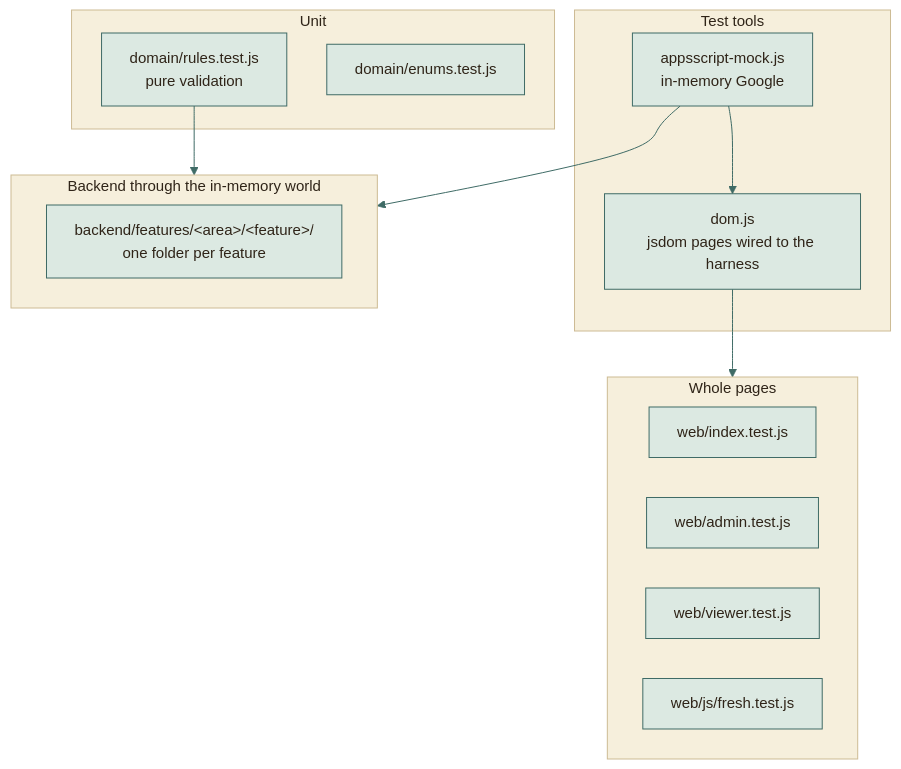
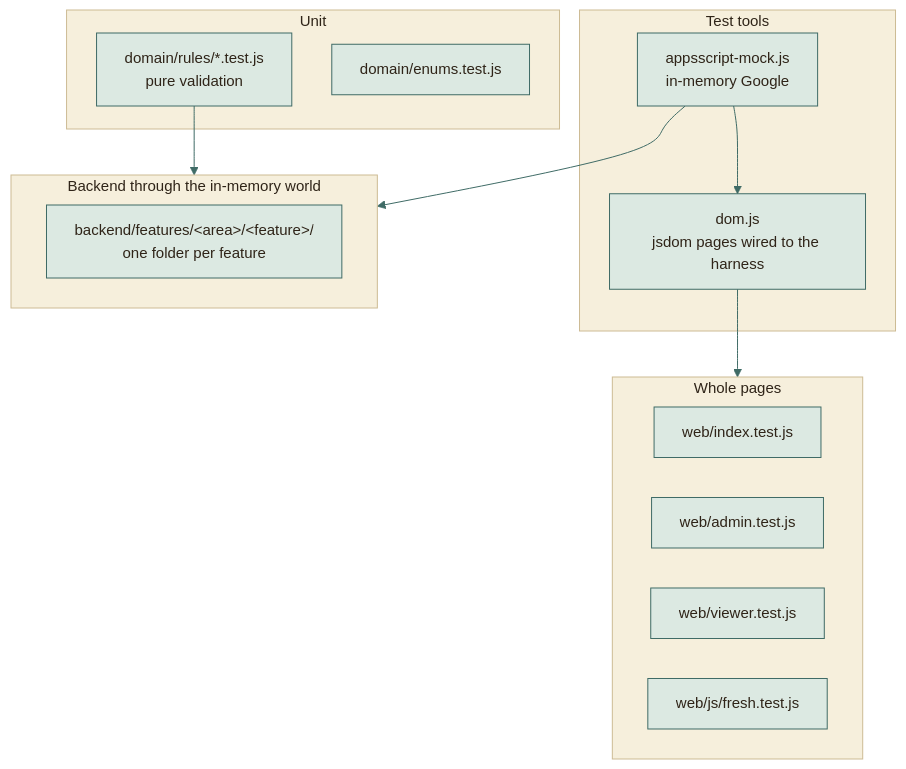
One commit to moyeh04/forms-platform changed the first of 2 diagrams in docs/process/TESTING.md. Above: the diagram before and after it, drawn with Mermaid. The commit also changed other lines of this file and 12 other files, not shown here.

First line of the commit message:
test(domain): Split the rules tests by part

````diff
--- a/docs/process/TESTING.md
+++ b/docs/process/TESTING.md
@@ -13,53 +13,53 @@
 ```mermaid
 %%{init: {
   'theme': 'base',
   'themeVariables': {
     'fontFamily': 'ui-sans-serif, system-ui, -apple-system, Segoe UI, Roboto, sans-serif',
     'fontSize': '15px',
     'primaryColor': '#DCE9E2', 'primaryBorderColor': '#3F6B66', 'primaryTextColor': '#2F2418',
     'secondaryColor': '#F0E4C8', 'secondaryBorderColor': '#C9A24A', 'secondaryTextColor': '#2F2418',
     'tertiaryColor': '#F6EFDC', 'tertiaryBorderColor': '#CDBB94', 'tertiaryTextColor': '#2F2418',
     'lineColor': '#3F6B66', 'textColor': '#2F2418', 'mainBkg': '#DCE9E2', 'nodeBorder': '#3F6B66',
     'clusterBkg': '#F6EFDC', 'clusterBorder': '#CDBB94', 'titleColor': '#2F2418',
     'edgeLabelBackground': '#F8F1DD',
     'actorBkg': '#DCE9E2', 'actorBorder': '#3F6B66', 'actorTextColor': '#2F2418', 'actorLineColor': '#8FB3AB',
     'signalColor': '#477A73', 'signalTextColor': '#477A73',
     'labelBoxBkgColor': '#F0E4C8', 'labelBoxBorderColor': '#C9A24A', 'labelTextColor': '#2F2418', 'loopTextColor': '#6A5A44',
     'noteBkgColor': '#FBEFC9', 'noteBorderColor': '#C9A24A', 'noteTextColor': '#2F2418',
     'activationBkgColor': '#DCE9E2', 'activationBorderColor': '#3F6B66', 'sequenceNumberColor': '#F8F1DD',
     'transitionColor': '#3F6B66', 'stateLabelColor': '#2F2418', 'stateBkg': '#DCE9E2', 'altBackground': '#F6EFDC',
     'attributeBackgroundColorOdd': '#F8F1DD', 'attributeBackgroundColorEven': '#F0E4C8'
   },
   'flowchart': {'curve': 'basis', 'padding': 14, 'nodeSpacing': 40, 'rankSpacing': 46},
   'sequence': {'mirrorActors': false, 'messageMargin': 34, 'boxMargin': 8}
 }}%%
 flowchart TD
     subgraph tools["Test tools"]
         harness["appsscript-mock.js<br/>in-memory Google"]
         dom["dom.js<br/>jsdom pages wired to the harness"]
     end
     subgraph units["Unit"]
-        rules["domain/rules.test.js<br/>pure validation"]
+        rules["domain/rules/*.test.js<br/>pure validation"]
         enums["domain/enums.test.js"]
     end
     subgraph backend["Backend through the in-memory world"]
         core["backend/features/&lt;area&gt;/&lt;feature&gt;/<br/>one folder per feature"]
     end
     subgraph pages["Whole pages"]
         fui["web/index.test.js"]
         aui["web/admin.test.js"]
         vui["web/viewer.test.js"]
         fresh["web/js/fresh.test.js"]
     end
 
     harness --> backend
     harness --> dom
     dom --> pages
     rules --> backend
     classDef cDb fill:#F3E2B3,stroke:#B8892D,stroke-width:1.5px,color:#2F2418
     classDef cActor fill:#F4D9D3,stroke:#9A3328,stroke-width:1.5px,color:#2F2418
     classDef cDec fill:#FBEFC9,stroke:#C9A24A,stroke-width:1.5px,color:#2F2418
     classDef cEnd fill:#2F2418,stroke:#2F2418,color:#F8F1DD
     classDef cErr fill:#F6D5CF,stroke:#A12B1F,stroke-width:1.5px,color:#5A140C
     classDef cOk fill:#BFD9CF,stroke:#2E5A55,stroke-width:1.5px,color:#17302D
 ```
````
